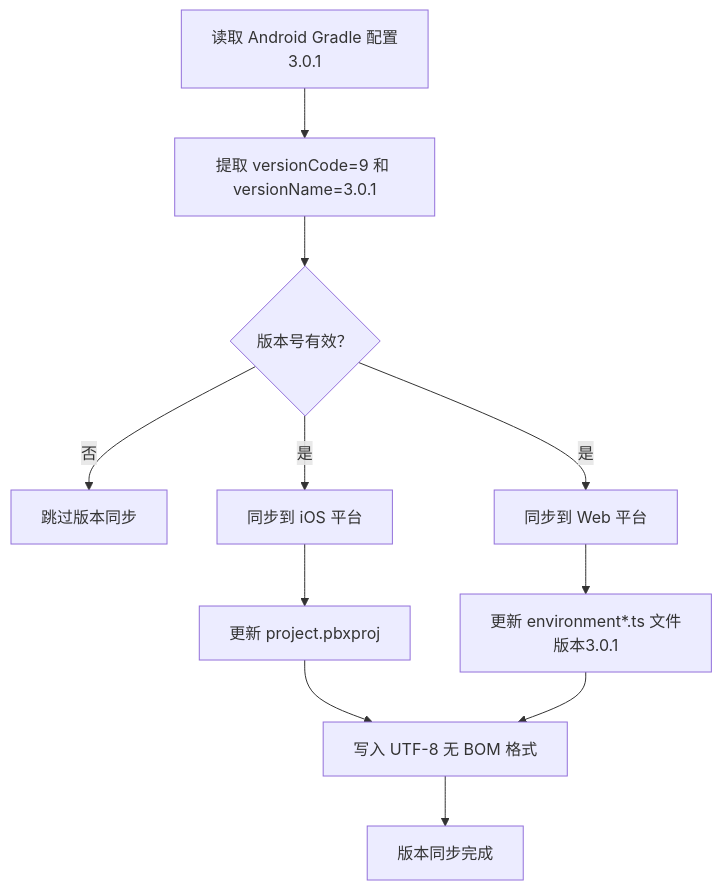
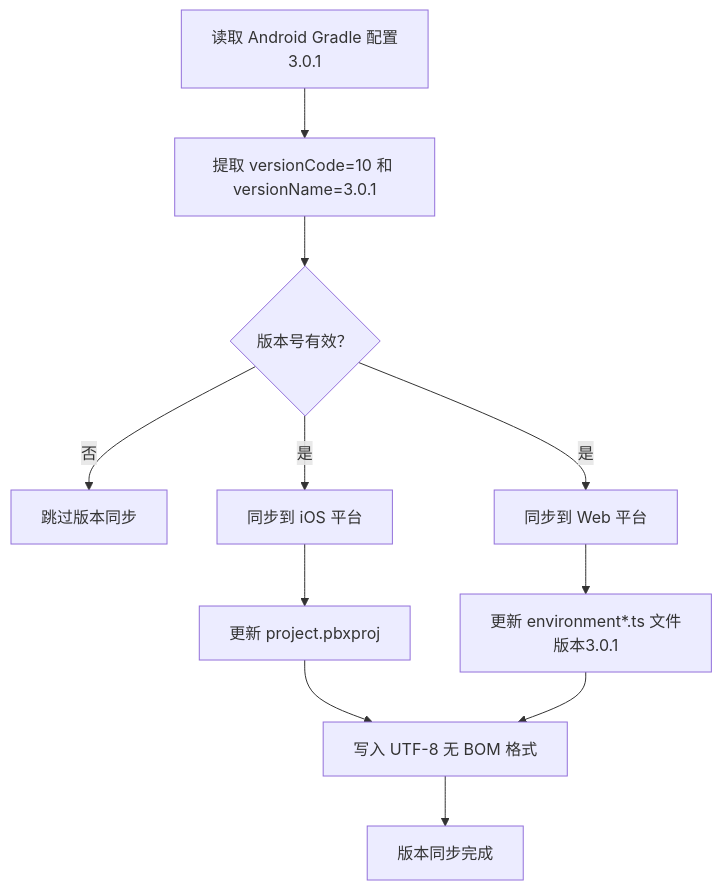
One commit to tea4go/Macro-Deck-Client-App changed the fourth of 6 diagrams in .qoder/repowiki/zh/content/构建与部署/构建配置.md. Above: the diagram before and after it, drawn with Mermaid. The commit also changed other lines of this file and 20 other files, not shown here.

````diff
--- a/.qoder/repowiki/zh/content/构建与部署/构建配置.md
+++ b/.qoder/repowiki/zh/content/构建与部署/构建配置.md
@@ -723,13 +723,13 @@
 ```mermaid
 flowchart TD
-A["读取 Android Gradle 配置<br/>3.0.1"] --> B["提取 versionCode=9 和 versionName=3.0.1"]
+A["读取 Android Gradle 配置<br/>3.0.1"] --> B["提取 versionCode=10 和 versionName=3.0.1"]
 B --> C{"版本号有效？"}
 C --> |否| D["跳过版本同步"]
 C --> |是| E["同步到 iOS 平台"]
 C --> |是| F["同步到 Web 平台"]
 E --> G["更新 project.pbxproj"]
 F --> H["更新 environment*.ts 文件<br/>版本3.0.1"]
 G --> I["写入 UTF-8 无 BOM 格式"]
 H --> I
 I --> J["版本同步完成"]
 ```
````
